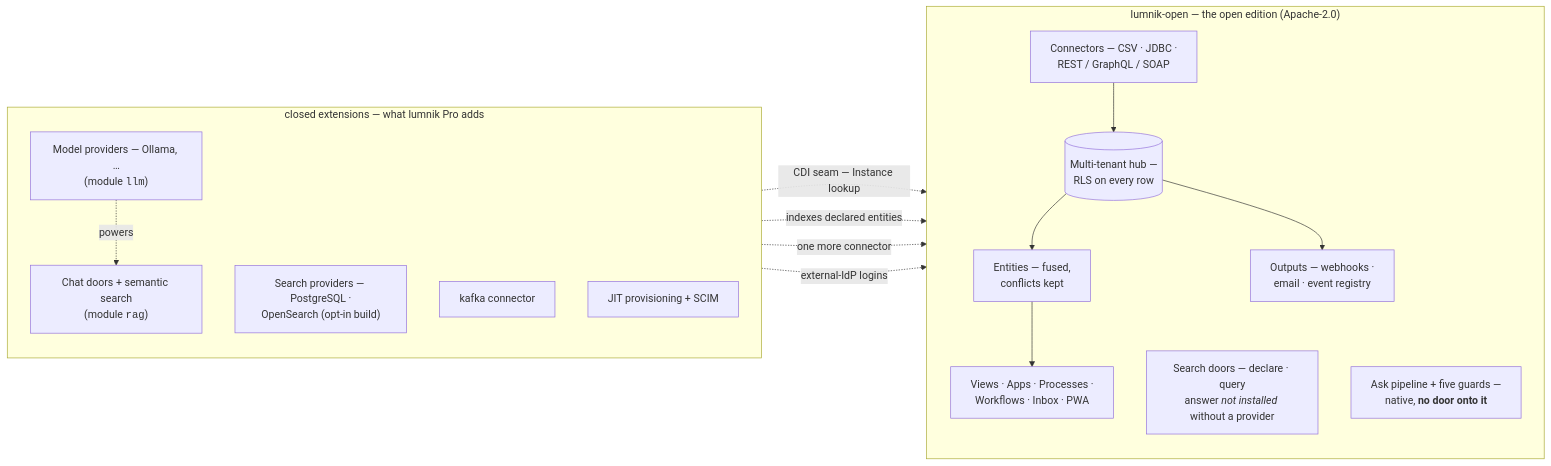
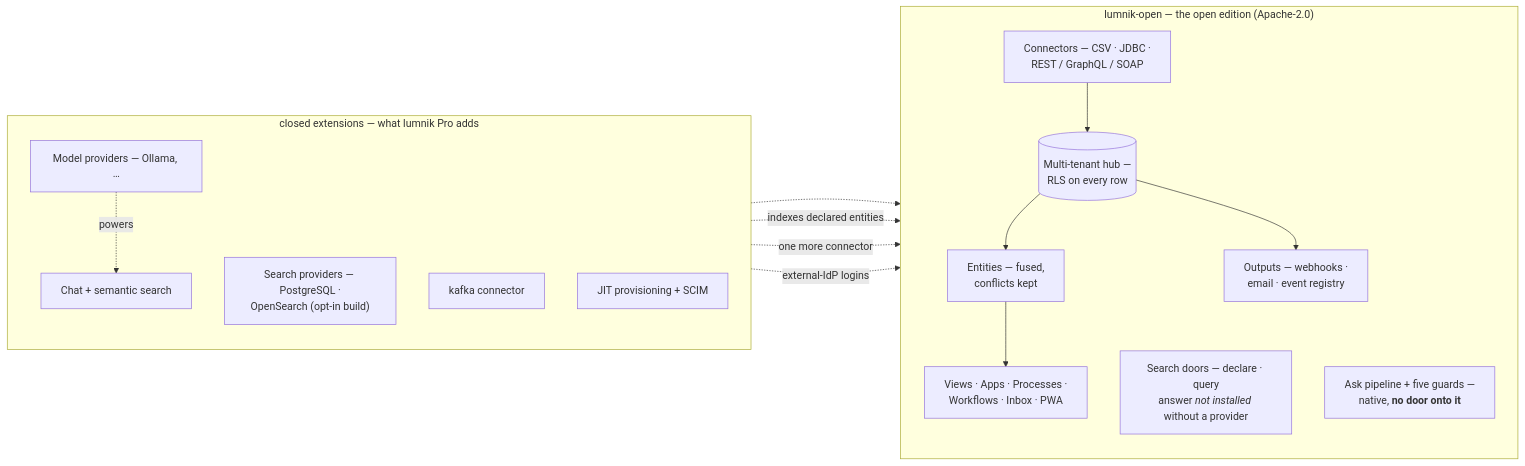
One commit to icreated/lumnik-open changed the diagram in docs/editions.md. Above: the diagram before and after it, drawn with Mermaid. The commit also changed other lines of this file and 665 other files, not shown here.

````diff
--- a/docs/editions.md
+++ b/docs/editions.md
@@ -17,28 +17,28 @@
 ```mermaid
 flowchart LR
   subgraph open["lumnik-open — the open edition (Apache-2.0)"]
     direction TB
     conn["Connectors — CSV · JDBC ·<br/>REST / GraphQL / SOAP"]
     tables[("Multi-tenant hub —<br/>RLS on every row")]
     ent["Entities — fused,<br/>conflicts kept"]
     apps["Views · Apps · Processes ·<br/>Workflows · Inbox · PWA"]
     out["Outputs — webhooks ·<br/>email · event registry"]
     sdoors["Search doors — declare · query<br/>answer <i>not installed</i> without a provider"]
     askcore["Ask pipeline + five guards —<br/>native, <b>no door onto it</b>"]
     conn --> tables --> ent --> apps
     tables --> out
   end
   subgraph closedx["closed extensions — what lumnik Pro adds"]
     direction TB
-    doors["Chat doors + semantic search<br/>(module <code>rag</code>)"]
-    llm["Model providers — Ollama, …<br/>(module <code>llm</code>)"]
+    doors["Chat + semantic search"]
+    llm["Model providers — Ollama, …"]
     searchp["Search providers — PostgreSQL ·<br/>OpenSearch (opt-in build)"]
     kafka["kafka connector"]
     jit["JIT provisioning + SCIM"]
   end
-  doors -. "CDI seam — Instance lookup" .-> askcore
+  doors -.-> askcore
   llm -. powers .-> doors
   searchp -. "indexes declared entities" .-> sdoors
   kafka -. "one more connector" .-> conn
   jit -. "external-IdP logins" .-> tables
 ```
````
